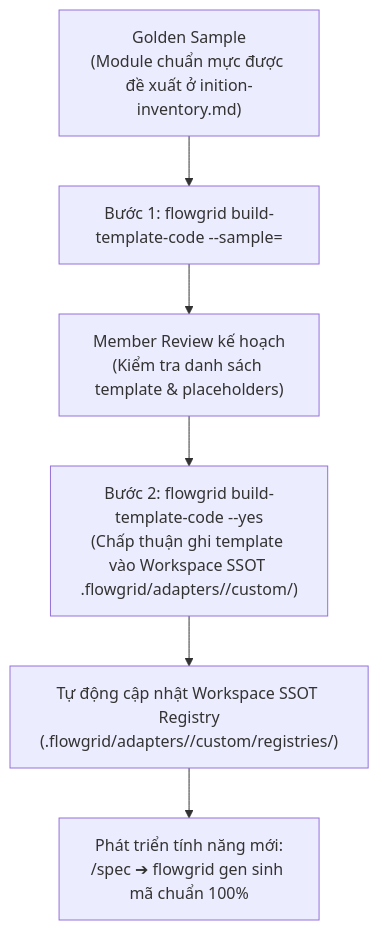
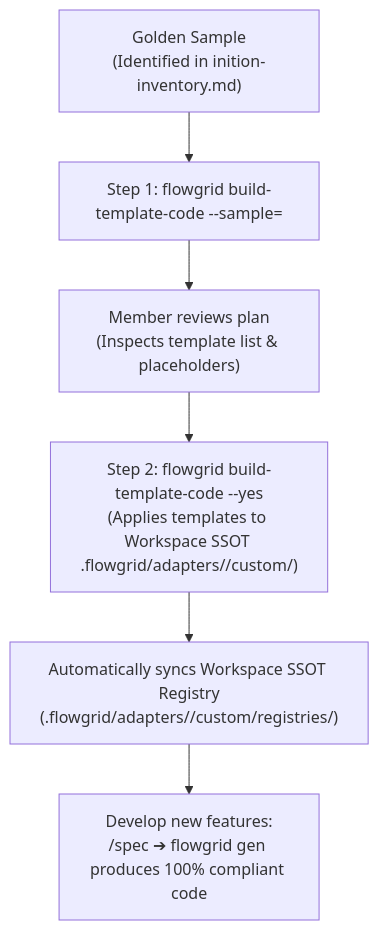
One commit to ShanYuCoder/flowgrid-docs changed the third of 3 diagrams in workflows/phase-0-setup.md. Above: the diagram before and after it, drawn with Mermaid. The commit also changed other lines of this file and 348 other files, not shown here.

````diff
--- a/workflows/phase-0-setup.md
+++ b/workflows/phase-0-setup.md
@@ -174,8 +174,8 @@
 ```mermaid
 flowchart TD
-  SAMPLE["Golden Sample<br/>(Module chuẩn mực được đề xuất ở inition-inventory.md)"] --> PLAN["Bước 1: flowgrid build-template-code --sample=<path><br/>(Phân tích cấu trúc, xuất template-plan.json)"]
-  PLAN --> REVIEW["Member Review kế hoạch<br/>(Kiểm tra danh sách template & placeholders)"]
-  REVIEW --> APPLY["Bước 2: flowgrid build-template-code --yes<br/>(Chấp thuận ghi template vào Workspace SSOT .flowgrid/adapters/<target>/custom/)"]
-  APPLY --> SYNC["Tự động cập nhật Workspace SSOT Registry<br/>(.flowgrid/adapters/<target>/custom/registries/)"]
-  SYNC --> NEW_DEV["Phát triển tính năng mới:<br/>/spec ➔ flowgrid gen sinh mã chuẩn 100%"]
+  SAMPLE["Golden Sample<br/>(Identified in inition-inventory.md)"] --> PLAN["Step 1: flowgrid build-template-code --sample=<path><br/>(Analyzes structure, outputs template-plan.json)"]
+  PLAN --> REVIEW["Member reviews plan<br/>(Inspects template list & placeholders)"]
+  REVIEW --> APPLY["Step 2: flowgrid build-template-code --yes<br/>(Applies templates to Workspace SSOT .flowgrid/adapters/<target>/custom/)"]
+  APPLY --> SYNC["Automatically syncs Workspace SSOT Registry<br/>(.flowgrid/adapters/<target>/custom/registries/)"]
+  SYNC --> NEW_DEV["Develop new features:<br/>/spec ➔ flowgrid gen produces 100% compliant code"]
 ```
````
